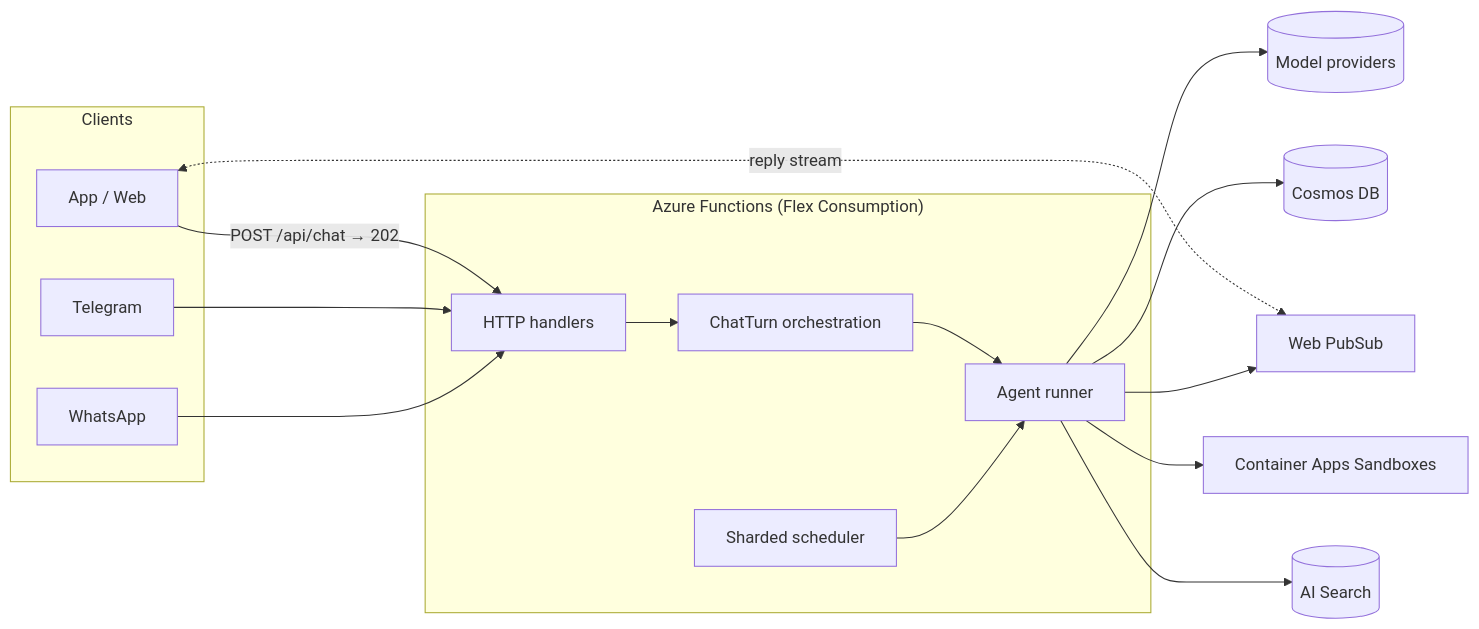
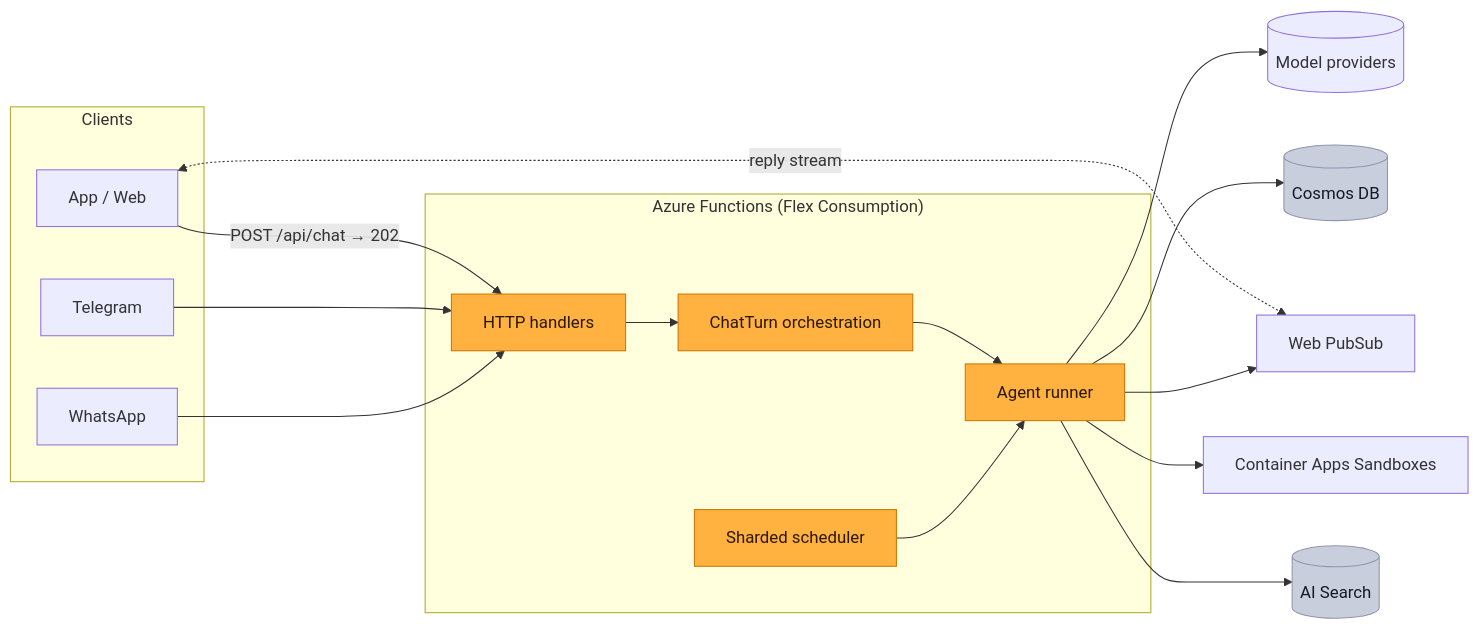
The diagram in README.md (AgentForEach/AgentForEach), drawn with Mermaid before and after one commit. The commit also changed other lines of this file and 33 other files, not shown here.

````diff
--- a/README.md
+++ b/README.md
@@ -49,22 +121,27 @@
 ```mermaid
 flowchart LR
   subgraph Clients
     App[App / Web]
     TG[Telegram]
     WA[WhatsApp]
   end
   App -- "POST /api/chat → 202" --> HTTP
   App <-. "reply stream" .-> WPS[Web PubSub]
   TG --> HTTP
   WA --> HTTP
   subgraph Functions["Azure Functions (Flex Consumption)"]
     HTTP[HTTP handlers] --> Turn[ChatTurn orchestration]
     Turn --> Runner[Agent runner]
     Cron[Sharded scheduler] --> Runner
   end
   Runner --> LLM[(Model providers)]
   Runner --> Cosmos[(Cosmos DB)]
   Runner --> WPS
   Runner --> SBX[Container Apps Sandboxes]
   Runner --> Search[(AI Search)]
+
+  classDef awake fill:#FFB23F,stroke:#D27400,color:#2A1700
+  classDef store fill:#C9CEDC,stroke:#8F95AD,color:#151827
+  class HTTP,Turn,Runner,Cron awake
+  class Cosmos,Search store
 ```
````
